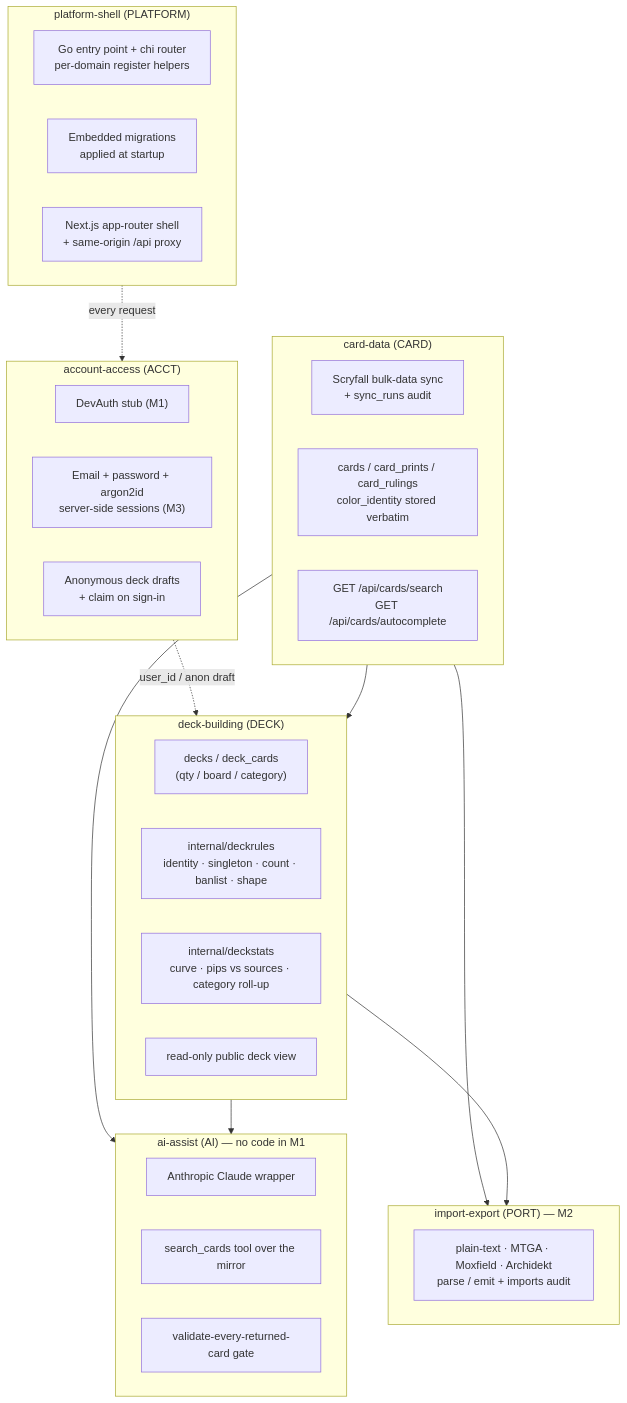
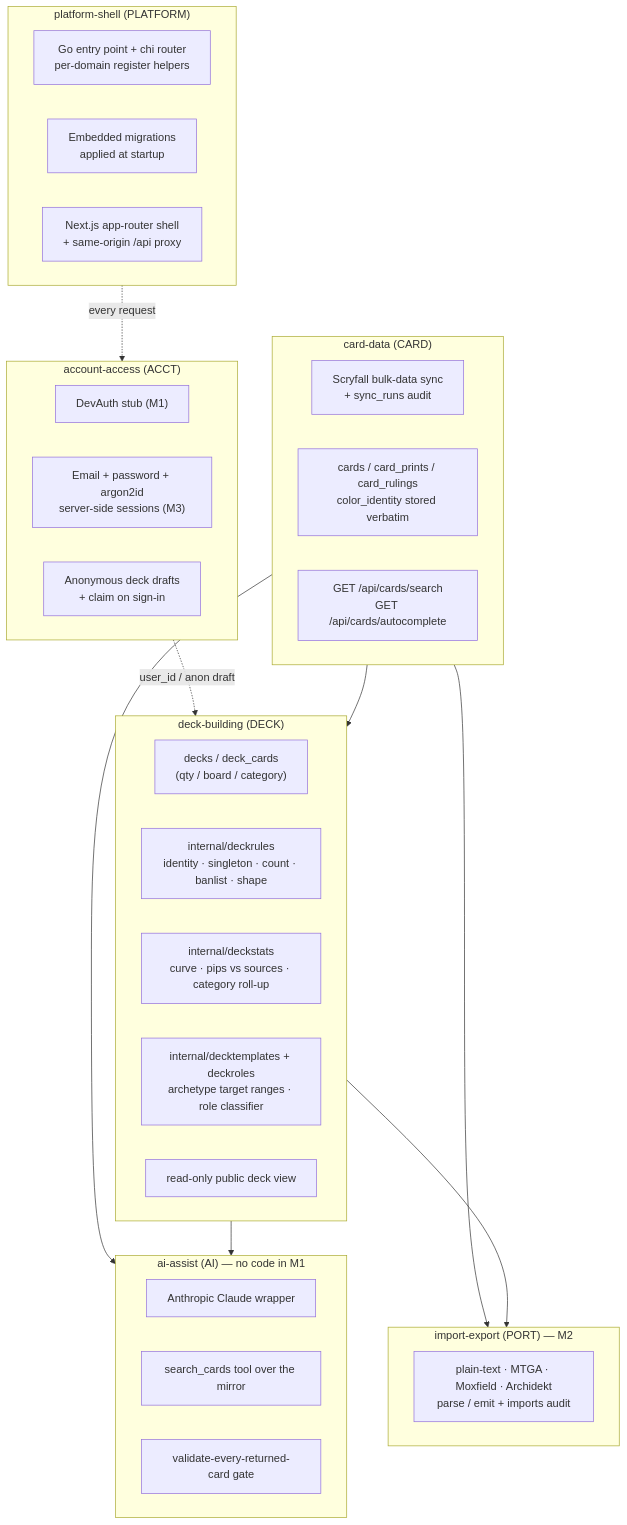
One commit to Sushi-Senpai/Manafold changed the diagram in docs/high-level-design.md. Above: the diagram before and after it, drawn with Mermaid. The commit also changed other lines of this file and 25 other files, not shown here.

First line of the commit message:
feat(deck-building): archetype deck templates with a deck-vs-target panel

````diff
--- a/docs/high-level-design.md
+++ b/docs/high-level-design.md
@@ -123,46 +123,47 @@
 ```mermaid
 flowchart TB
     subgraph platform["platform-shell (PLATFORM)"]
         direction LR
         entry["Go entry point + chi router<br/>per-domain register helpers"]
         migrate["Embedded migrations<br/>applied at startup"]
         proxy["Next.js app-router shell<br/>+ same-origin /api proxy"]
     end
 
     subgraph access["account-access (ACCT)"]
         devauth["DevAuth stub (M1)"]
         login["Email + password + argon2id<br/>server-side sessions (M3)"]
         drafts["Anonymous deck drafts<br/>+ claim on sign-in"]
     end
 
     subgraph card["card-data (CARD)"]
         sync["Scryfall bulk-data sync<br/>+ sync_runs audit"]
         mirror["cards / card_prints / card_rulings<br/>color_identity stored verbatim"]
         search["GET /api/cards/search<br/>GET /api/cards/autocomplete"]
     end
 
     subgraph deck["deck-building (DECK)"]
         decks["decks / deck_cards<br/>(qty / board / category)"]
         rules["internal/deckrules<br/>identity · singleton · count · banlist · shape"]
         stats["internal/deckstats<br/>curve · pips vs sources · category roll-up"]
+        templates["internal/decktemplates + deckroles<br/>archetype target ranges · role classifier"]
         share["read-only public deck view"]
     end
 
     subgraph ai["ai-assist (AI) — no code in M1"]
         client["Anthropic Claude wrapper"]
         tool["search_cards tool over the mirror"]
         gate["validate-every-returned-card gate"]
     end
 
     subgraph port["import-export (PORT) — M2"]
         parse["plain-text · MTGA · Moxfield · Archidekt<br/>parse / emit + imports audit"]
     end
 
     platform -. every request .-> access
     access -. user_id / anon draft .-> deck
     card --> deck
     card --> port
     card --> ai
     deck --> ai
     deck --> port
 ```
````
